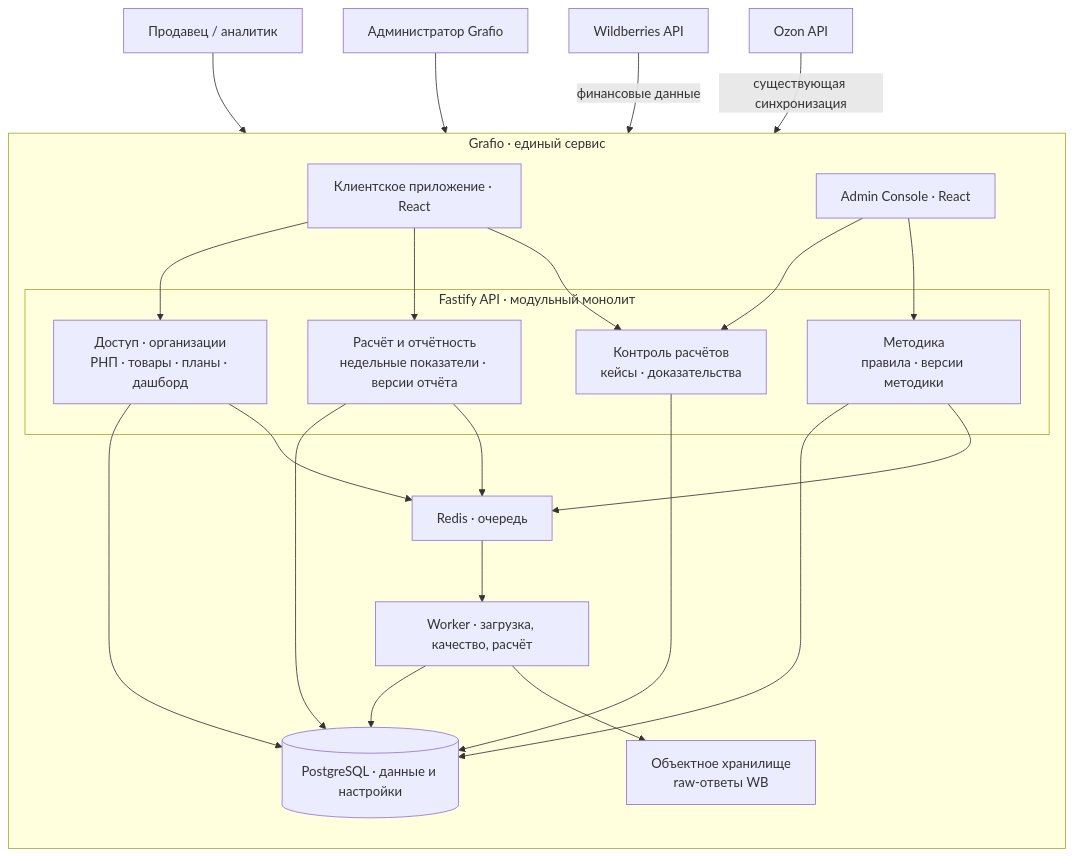
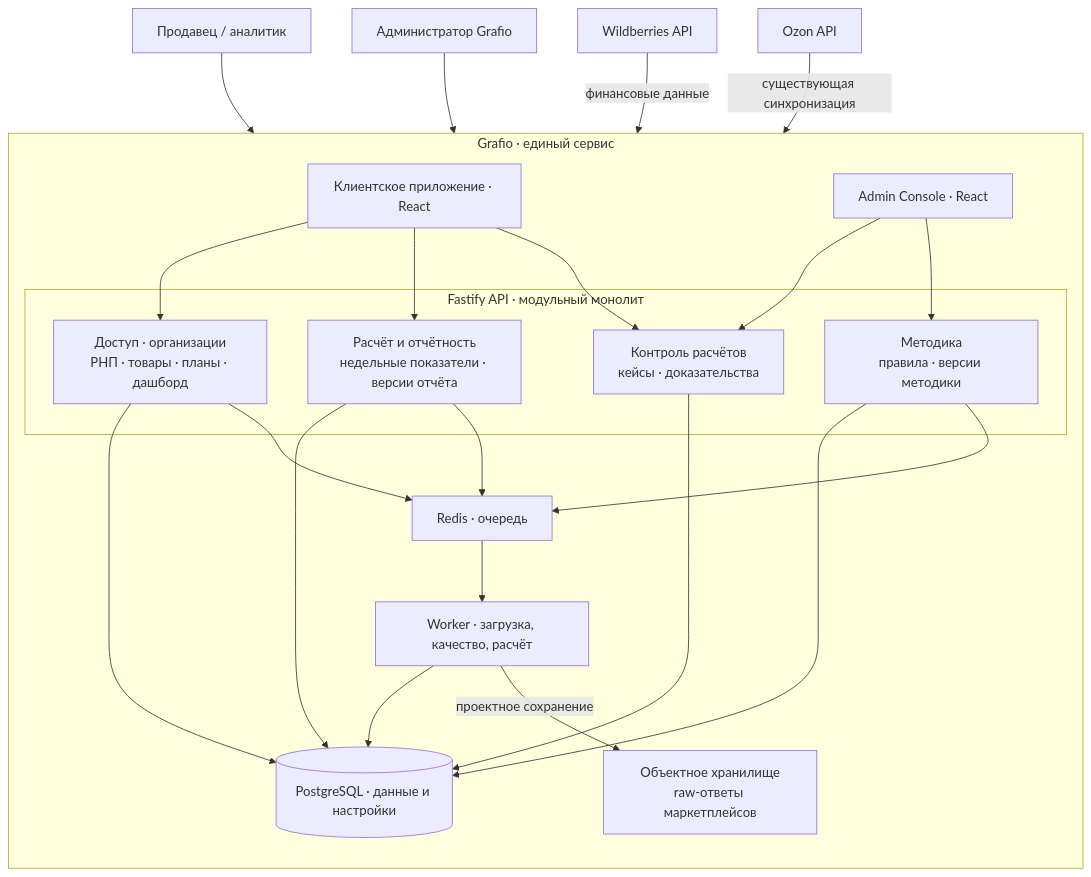
Before and after one commit to onlyuncia/grafio-product-docs: the second of 2 diagrams in CASE-STUDY.md, drawn with Mermaid. The commit also changed 8 other files, not shown here.

````diff
--- a/CASE-STUDY.md
+++ b/CASE-STUDY.md
@@ -76,37 +76,37 @@
 ```mermaid
 flowchart TB
   USER["Продавец / аналитик"] --> UI
   ADMIN_USER["Администратор Grafio"] --> ADMIN_UI
 
   subgraph GRAFIO["Grafio · единый сервис"]
     direction TB
     UI["Клиентское приложение · React"]
     ADMIN_UI["Admin Console · React"]
 
     subgraph API["Fastify API · модульный монолит"]
       CORE["Доступ · организации<br/>РНП · товары · планы · дашборд"]
       REPORT["Расчёт и отчётность<br/>недельные показатели · версии отчёта"]
       CASES["Контроль расчётов<br/>кейсы · доказательства"]
       RULES["Методика<br/>правила · версии методики"]
     end
 
     UI --> CORE
     UI --> REPORT
     UI --> CASES
     ADMIN_UI --> CASES
     ADMIN_UI --> RULES
     CORE --> DB[(PostgreSQL · данные и настройки)]
     REPORT --> DB
     CASES --> DB
     RULES --> DB
     CORE --> QUEUE["Redis · очередь"]
     REPORT --> QUEUE
     RULES --> QUEUE
     QUEUE --> WORKER["Worker · загрузка, качество, расчёт"]
     WORKER --> DB
-    WORKER --> RAW["Объектное хранилище<br/>raw-ответы WB"]
+    WORKER -->|проектное сохранение| RAW["Объектное хранилище<br/>raw-ответы маркетплейсов"]
   end
 
   WB["Wildberries API"] -->|финансовые данные| WORKER
   OZON["Ozon API"] -->|существующая синхронизация| WORKER
 ```
````
